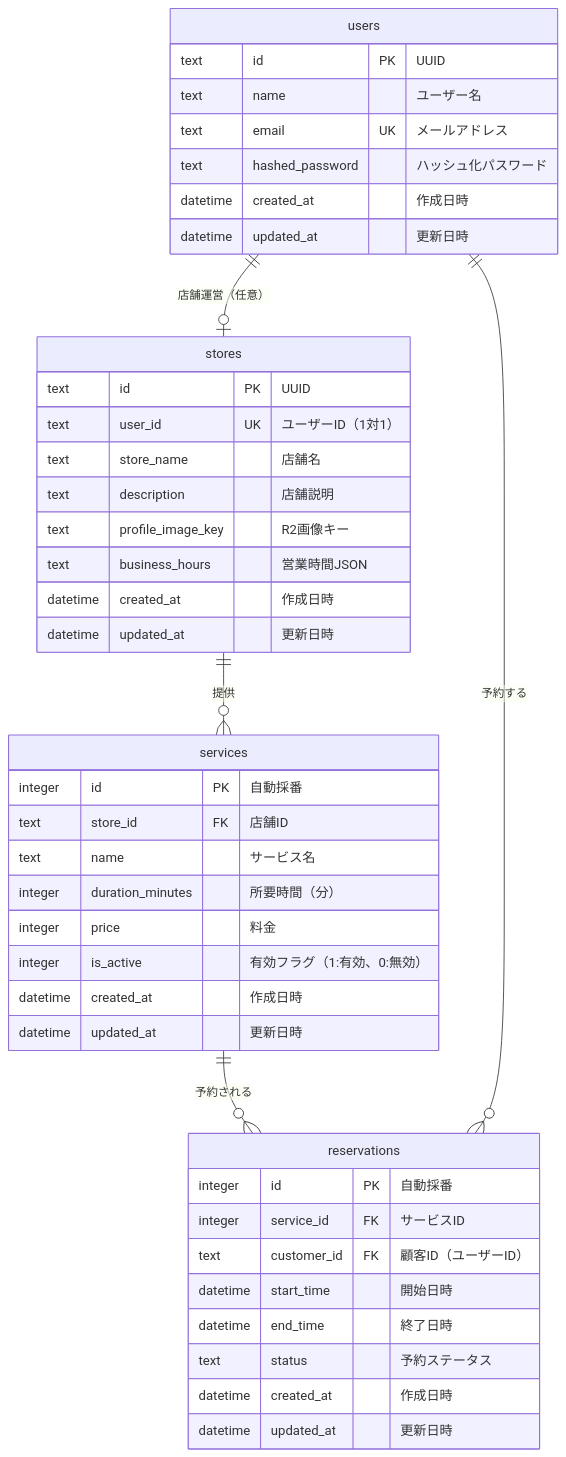
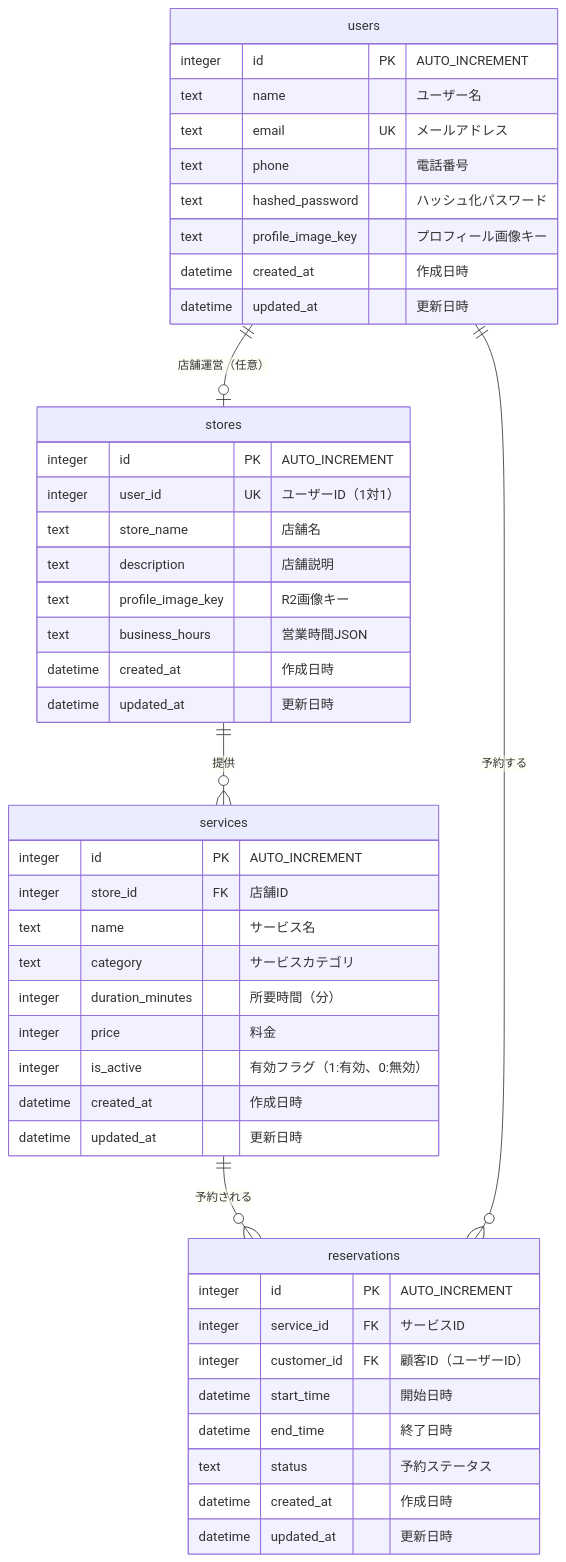
One commit to ProgrammerForCat/appointy changed the diagram in doc/ER図.md. Above: the diagram before and after it, drawn with Mermaid. The commit also changed other lines of this file and 16 other files, not shown here.

````diff
--- a/doc/ER図.md
+++ b/doc/ER図.md
@@ -5,49 +5,52 @@
 ```mermaid
 erDiagram
     users {
-        text id PK "UUID"
+        integer id PK "AUTO_INCREMENT"
         text name "ユーザー名"
         text email UK "メールアドレス"
+        text phone "電話番号"
         text hashed_password "ハッシュ化パスワード"
+        text profile_image_key "プロフィール画像キー"
         datetime created_at "作成日時"
         datetime updated_at "更新日時"
     }
 
     stores {
-        text id PK "UUID"
-        text user_id UK "ユーザーID（1対1）"
+        integer id PK "AUTO_INCREMENT"
+        integer user_id UK "ユーザーID（1対1）"
         text store_name "店舗名"
         text description "店舗説明"
         text profile_image_key "R2画像キー"
         text business_hours "営業時間JSON"
         datetime created_at "作成日時"
         datetime updated_at "更新日時"
     }
 
     services {
-        integer id PK "自動採番"
-        text store_id FK "店舗ID"
+        integer id PK "AUTO_INCREMENT"
+        integer store_id FK "店舗ID"
         text name "サービス名"
+        text category "サービスカテゴリ"
         integer duration_minutes "所要時間（分）"
         integer price "料金"
         integer is_active "有効フラグ（1:有効、0:無効）"
         datetime created_at "作成日時"
         datetime updated_at "更新日時"
     }
 
     reservations {
-        integer id PK "自動採番"
+        integer id PK "AUTO_INCREMENT"
         integer service_id FK "サービスID"
-        text customer_id FK "顧客ID（ユーザーID）"
+        integer customer_id FK "顧客ID（ユーザーID）"
         datetime start_time "開始日時"
         datetime end_time "終了日時"
         text status "予約ステータス"
         datetime created_at "作成日時"
         datetime updated_at "更新日時"
     }
 
     users ||--o| stores : "店舗運営（任意）"
     stores ||--o{ services : "提供"
     services ||--o{ reservations : "予約される"
     users ||--o{ reservations : "予約する"
 ```
````
